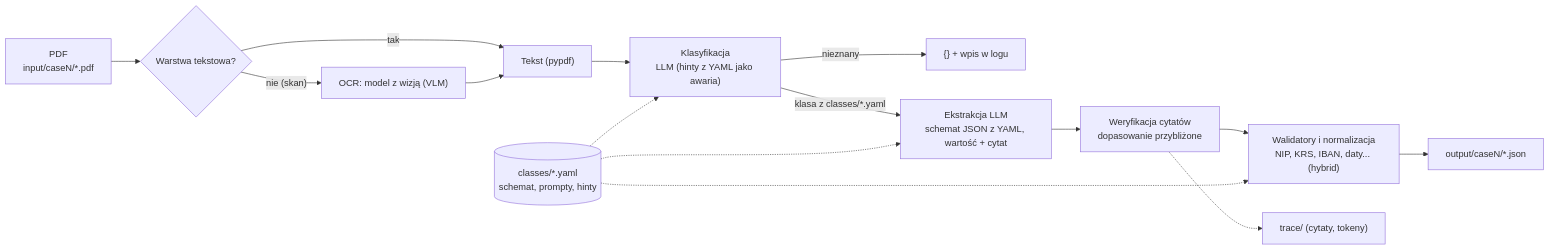
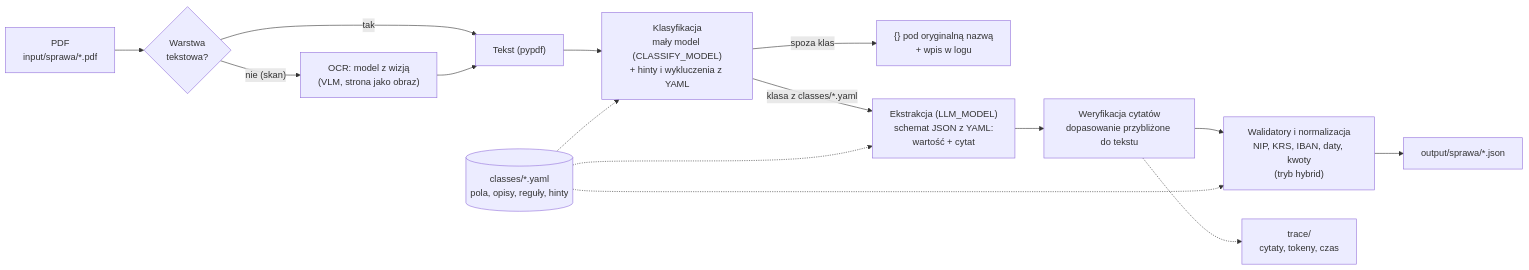
The first of 2 diagrams in README.md (mateusz-kurowski/DeepDive-Odwolania2json), drawn with Mermaid before and after one commit. The commit also changed other lines of this file and 7 other files, not shown here.

````diff
--- a/README.md
+++ b/README.md
@@ -36,17 +52,17 @@
 ```mermaid
 flowchart LR
-    A["PDF<br/>input/caseN/*.pdf"] --> B{"Warstwa tekstowa?"}
+    A["PDF<br/>input/sprawa/*.pdf"] --> B{"Warstwa<br/>tekstowa?"}
     B -- tak --> C["Tekst (pypdf)"]
-    B -- "nie (skan)" --> D["OCR: model z wizją (VLM)"]
+    B -- "nie (skan)" --> D["OCR: model z wizją<br/>(VLM, strona jako obraz)"]
     D --> C
-    C --> E["Klasyfikacja<br/>LLM (hinty z YAML jako awaria)"]
-    E -- nieznany --> N["{} + wpis w logu"]
-    E -- "klasa z classes/*.yaml" --> F["Ekstrakcja LLM<br/>schemat JSON z YAML, wartość + cytat"]
-    F --> G["Weryfikacja cytatów<br/>dopasowanie przybliżone"]
-    G --> H["Walidatory i normalizacja<br/>NIP, KRS, IBAN, daty... (hybrid)"]
-    H --> I["output/caseN/*.json"]
-    G -.-> T["trace/ (cytaty, tokeny)"]
-    Y[("classes/*.yaml<br/>schemat, prompty, hinty")] -.-> E
+    C --> E["Klasyfikacja<br/>mały model (CLASSIFY_MODEL)<br/>+ hinty i wykluczenia z YAML"]
+    E -- "spoza klas" --> N["{} pod oryginalną nazwą<br/>+ wpis w logu"]
+    E -- "klasa z classes/*.yaml" --> F["Ekstrakcja (LLM_MODEL)<br/>schemat JSON z YAML:<br/>wartość + cytat"]
+    F --> G["Weryfikacja cytatów<br/>dopasowanie przybliżone do tekstu"]
+    G --> H["Walidatory i normalizacja<br/>NIP, KRS, IBAN, daty, kwoty<br/>(tryb hybrid)"]
+    H --> I["output/sprawa/*.json"]
+    G -.-> T["trace/<br/>cytaty, tokeny, czas"]
+    Y[("classes/*.yaml<br/>pola, opisy, reguły, hinty")] -.-> E
     Y -.-> F
     Y -.-> H
 ```
````
